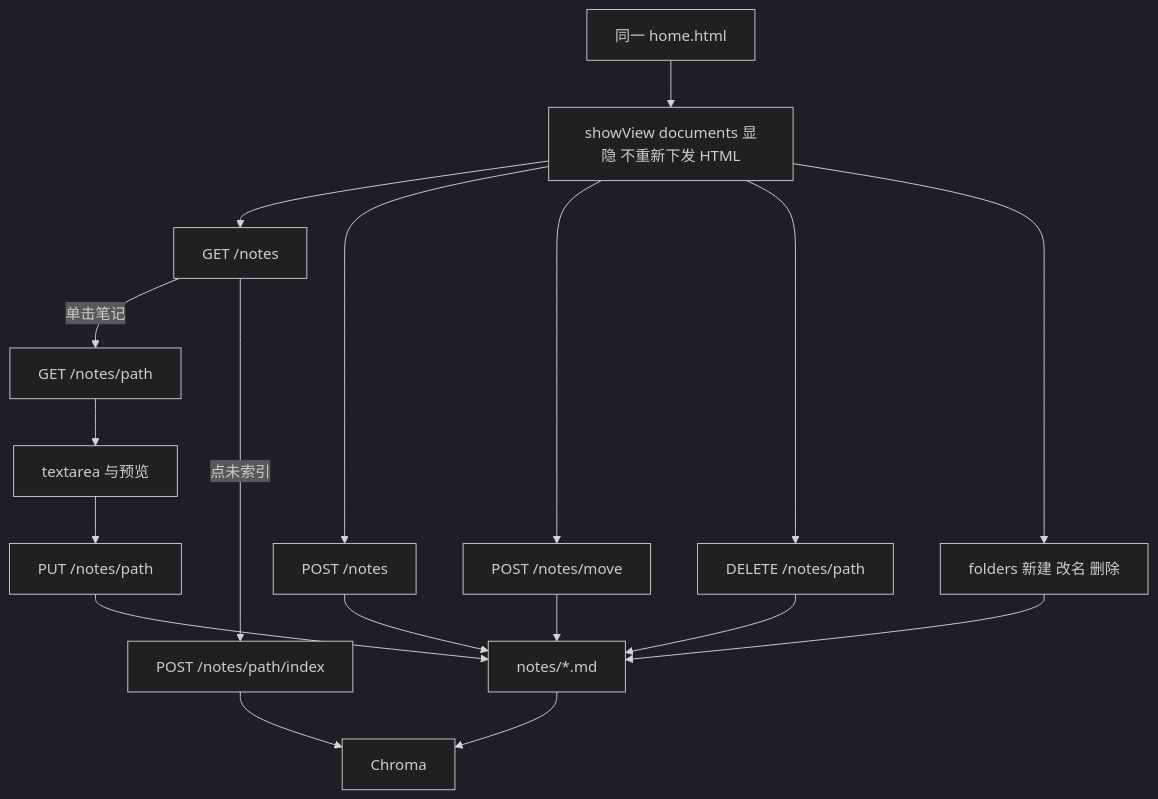
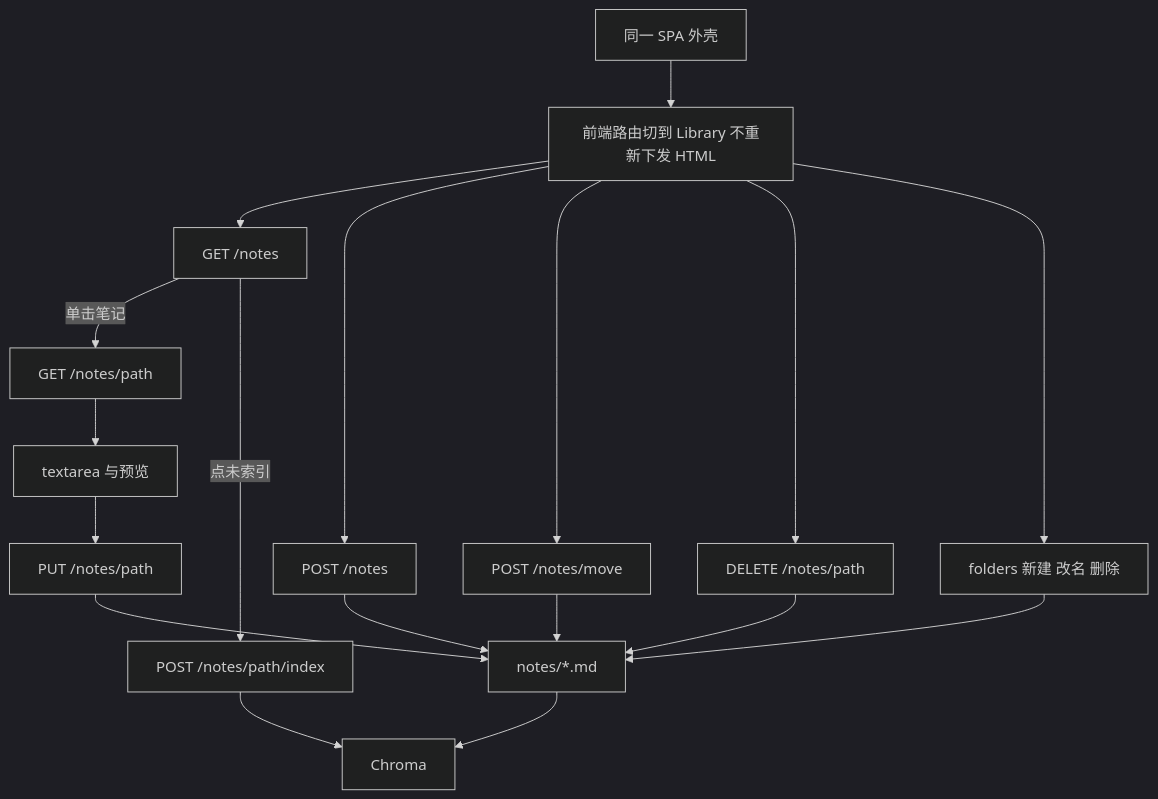
One commit to meantrick11/NoteAgent changed the second of 2 diagrams in docs/architecture/architecture.md. Above: the diagram before and after it, drawn with Mermaid (dark theme). The commit also changed other lines of this file and 10 other files, not shown here.

First line of the commit message:
docs(architecture): stop describing the frontend as a single template

````diff
--- a/docs/architecture/architecture.md
+++ b/docs/architecture/architecture.md
@@ -202,27 +218,27 @@
 ```mermaid
 flowchart TD
-  page["同一 home.html"]
-  show["showView documents 显隐 不重新下发 HTML"]
+  page["同一 SPA 外壳"]
+  show["前端路由切到 Library 不重新下发 HTML"]
   tree["GET /notes"]
   openNote["GET /notes/path"]
   edit["textarea 与预览"]
   save["PUT /notes/path"]
   createNote["POST /notes"]
   moveNote["POST /notes/move"]
   delNote["DELETE /notes/path"]
   indexChip["POST /notes/path/index"]
   folderOps["folders 新建 改名 删除"]
   disk["notes/*.md"]
   chroma["Chroma"]
 
   page --> show --> tree
   tree -->|单击笔记| openNote --> edit
   edit --> save --> disk
   show --> createNote --> disk
   show --> moveNote --> disk
   show --> delNote --> disk
   show --> folderOps --> disk
   tree -->|点未索引| indexChip
   disk --> chroma
   indexChip --> chroma
 ```
````
